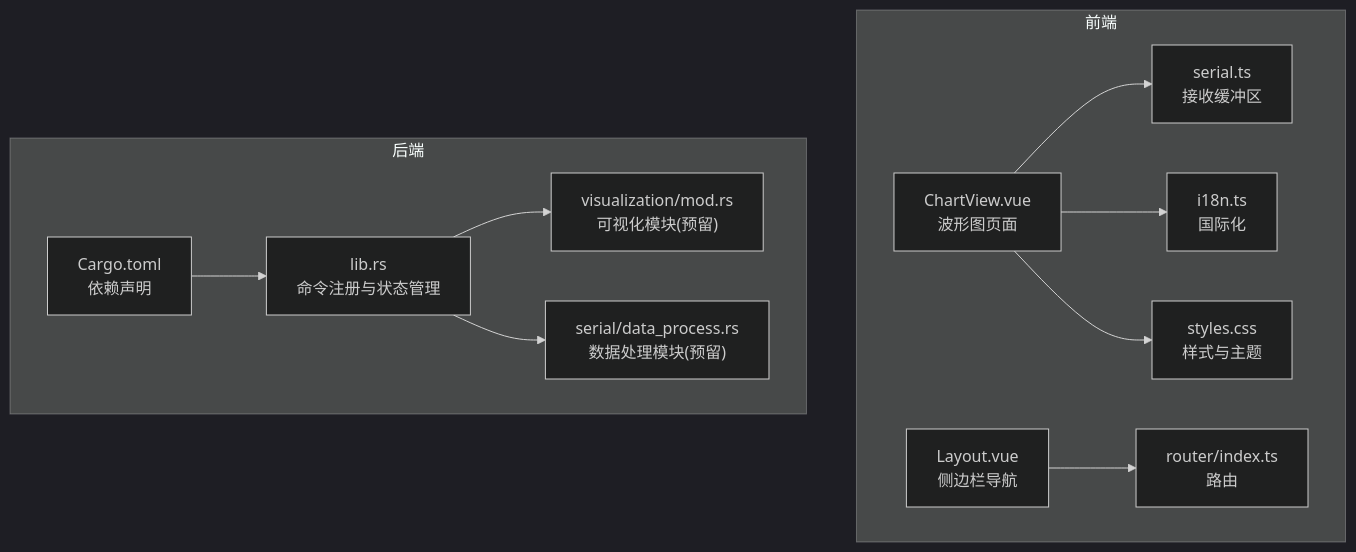
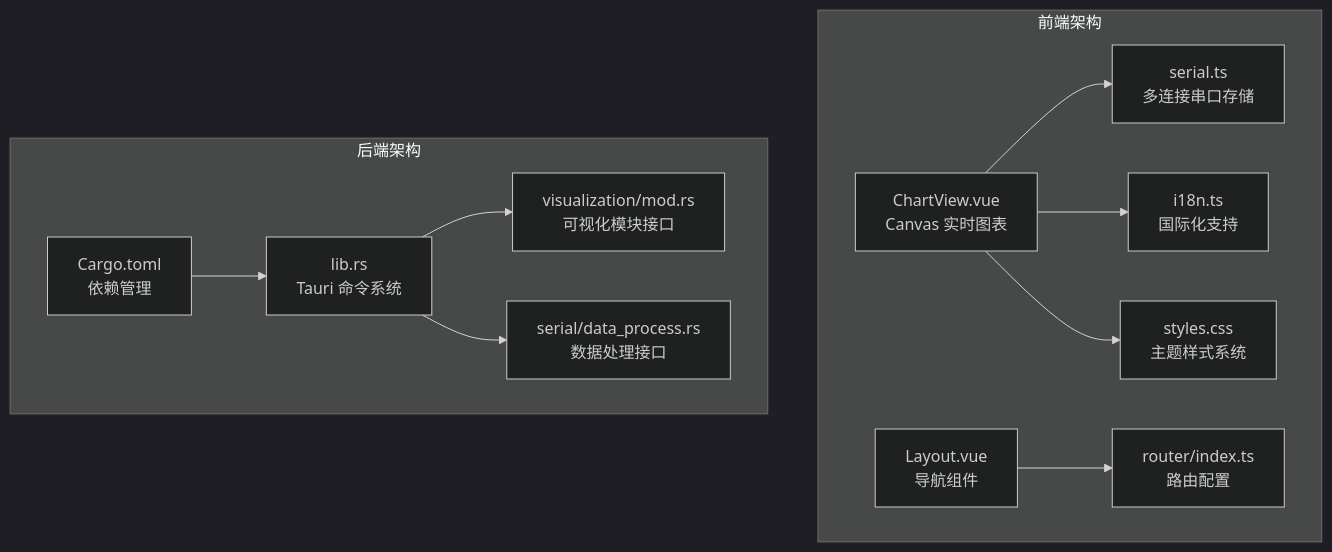
The first of 4 diagrams in .qoder/repowiki/zh/content/架构设计/后端架构设计/可视化模块.md (elabdlut/KonSerial), drawn with Mermaid (dark theme) before and after one commit. The commit also changed other lines of this file and 20 other files, not shown here.

````diff
--- a/.qoder/repowiki/zh/content/架构设计/后端架构设计/可视化模块.md
+++ b/.qoder/repowiki/zh/content/架构设计/后端架构设计/可视化模块.md
@@ -46,24 +53,24 @@
 ```mermaid
 graph TB
-subgraph "前端"
-A["ChartView.vue<br/>波形图页面"]
-B["serial.ts<br/>接收缓冲区"]
-C["i18n.ts<br/>国际化"]
-D["styles.css<br/>样式与主题"]
-E["Layout.vue<br/>侧边栏导航"]
-F["router/index.ts<br/>路由"]
+subgraph "前端架构"
+A["ChartView.vue<br/>Canvas 实时图表"]
+B["serial.ts<br/>多连接串口存储"]
+C["i18n.ts<br/>国际化支持"]
+D["styles.css<br/>主题样式系统"]
+E["Layout.vue<br/>导航组件"]
+F["router/index.ts<br/>路由配置"]
 end
-subgraph "后端"
-G["visualization/mod.rs<br/>可视化模块(预留)"]
-H["serial/data_process.rs<br/>数据处理模块(预留)"]
-I["lib.rs<br/>命令注册与状态管理"]
-J["Cargo.toml<br/>依赖声明"]
+subgraph "后端架构"
+G["visualization/mod.rs<br/>可视化模块接口"]
+H["serial/data_process.rs<br/>数据处理接口"]
+I["lib.rs<br/>Tauri 命令系统"]
+J["Cargo.toml<br/>依赖管理"]
 end
 A --> B
 A --> C
 A --> D
 E --> F
 I --> G
 I --> H
 J --> I
 ```
````
